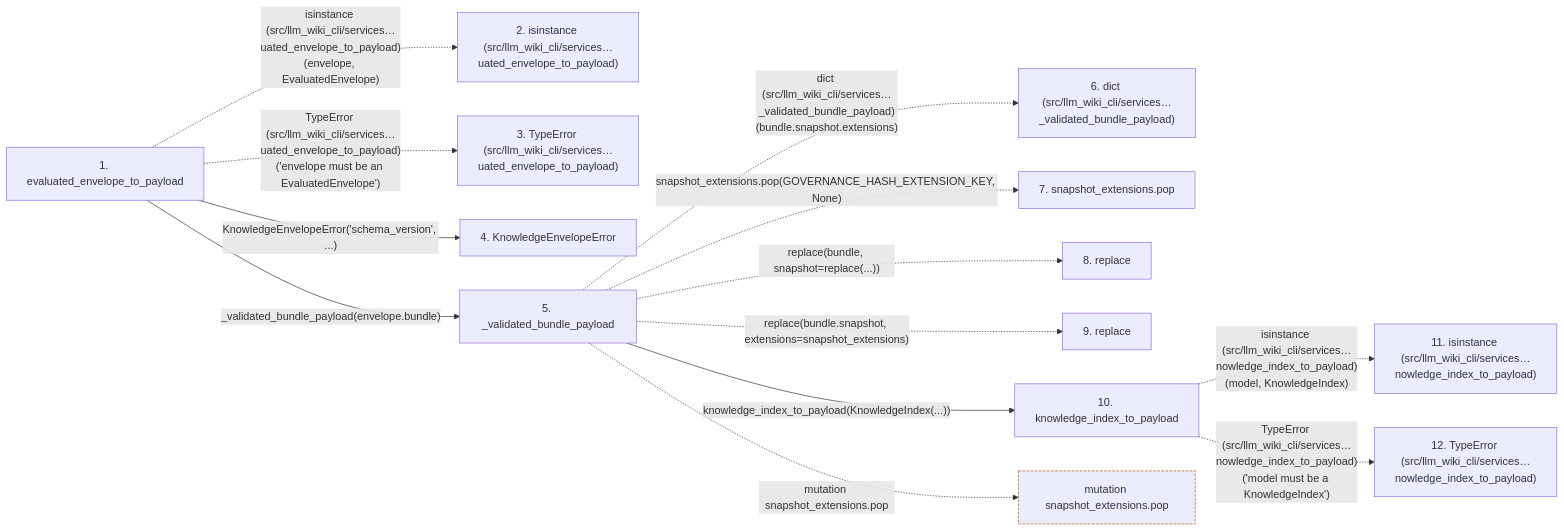
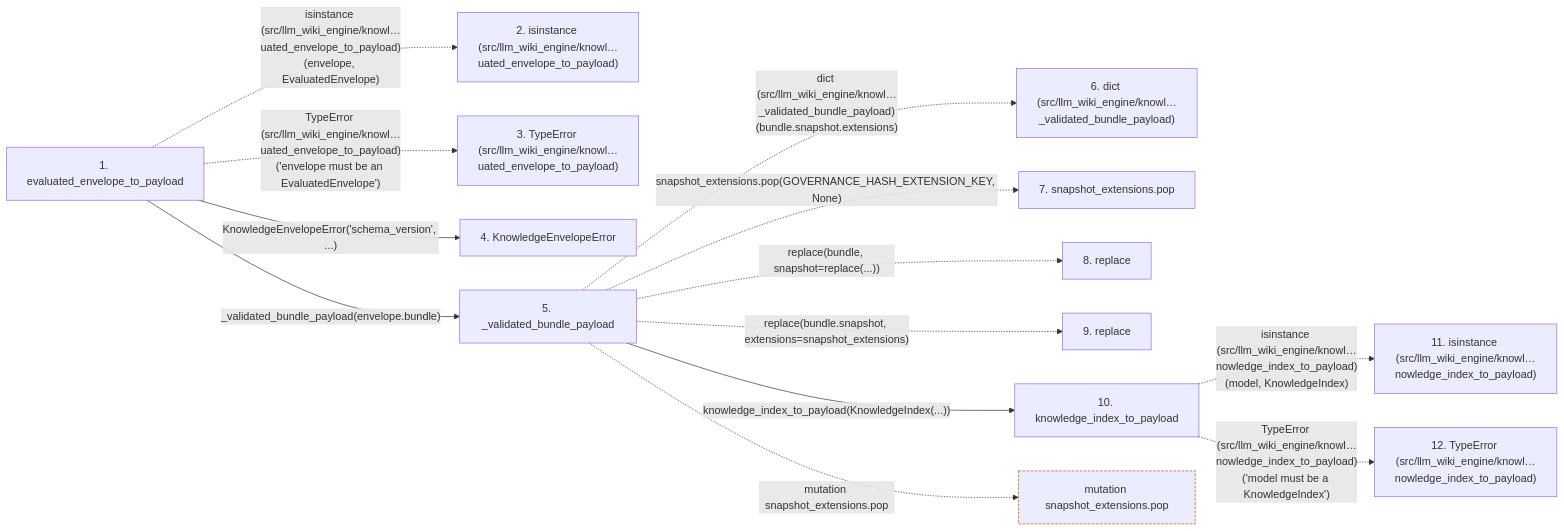
The second of 2 diagrams in docs/llm_wiki/flows/api-evaluated_envelope_to_payload.md (Denissvgn/python-wiki-llm), drawn with Mermaid before and after one commit. The commit also changed other lines of this file and 1058 other files, not shown here.

First line of the commit message:
docs: refresh the wiki for the knowledge store move

````diff
--- a/docs/llm_wiki/flows/api-evaluated_envelope_to_payload.md
+++ b/docs/llm_wiki/flows/api-evaluated_envelope_to_payload.md
@@ -143,34 +143,34 @@
 ```mermaid
 flowchart LR
     s1["1. evaluated_envelope_to_payload"]
-    s2["2. isinstance (src/llm_wiki_cli/services…uated_envelope_to_payload)"]
-    s3["3. TypeError (src/llm_wiki_cli/services…uated_envelope_to_payload)"]
+    s2["2. isinstance (src/llm_wiki_engine/knowl…uated_envelope_to_payload)"]
+    s3["3. TypeError (src/llm_wiki_engine/knowl…uated_envelope_to_payload)"]
     s4["4. KnowledgeEnvelopeError"]
     s5["5. _validated_bundle_payload"]
-    s6["6. dict (src/llm_wiki_cli/services…_validated_bundle_payload)"]
+    s6["6. dict (src/llm_wiki_engine/knowl…_validated_bundle_payload)"]
     s7["7. snapshot_extensions.pop"]
     s8["8. replace"]
     s9["9. replace"]
     s10["10. knowledge_index_to_payload"]
-    s11["11. isinstance (src/llm_wiki_cli/services…nowledge_index_to_payload)"]
-    s12["12. TypeError (src/llm_wiki_cli/services…nowledge_index_to_payload)"]
-    s1 -. "isinstance (src/llm_wiki_cli/services…uated_envelope_to_payload)(envelope, EvaluatedEnvelope)" .-> s2
-    s1 -. "TypeError (src/llm_wiki_cli/services…uated_envelope_to_payload)('envelope must be an EvaluatedEnvelope')" .-> s3
+    s11["11. isinstance (src/llm_wiki_engine/knowl…nowledge_index_to_payload)"]
+    s12["12. TypeError (src/llm_wiki_engine/knowl…nowledge_index_to_payload)"]
+    s1 -. "isinstance (src/llm_wiki_engine/knowl…uated_envelope_to_payload)(envelope, EvaluatedEnvelope)" .-> s2
+    s1 -. "TypeError (src/llm_wiki_engine/knowl…uated_envelope_to_payload)('envelope must be an EvaluatedEnvelope')" .-> s3
     s1 -->|"KnowledgeEnvelopeError('schema_version', ...)"| s4
     s1 -->|"_validated_bundle_payload(envelope.bundle)"| s5
-    s5 -. "dict (src/llm_wiki_cli/services…_validated_bundle_payload)(bundle.snapshot.extensions)" .-> s6
+    s5 -. "dict (src/llm_wiki_engine/knowl…_validated_bundle_payload)(bundle.snapshot.extensions)" .-> s6
     s5 -. "snapshot_extensions.pop(GOVERNANCE_HASH_EXTENSION_KEY, None)" .-> s7
     s5 -. "replace(bundle, snapshot=replace(...))" .-> s8
     s5 -. "replace(bundle.snapshot, extensions=snapshot_extensions)" .-> s9
     s5 -->|"knowledge_index_to_payload(KnowledgeIndex(...))"| s10
-    s10 -. "isinstance (src/llm_wiki_cli/services…nowledge_index_to_payload)(model, KnowledgeIndex)" .-> s11
-    s10 -. "TypeError (src/llm_wiki_cli/services…nowledge_index_to_payload)('model must be a KnowledgeIndex')" .-> s12
+    s10 -. "isinstance (src/llm_wiki_engine/knowl…nowledge_index_to_payload)(model, KnowledgeIndex)" .-> s11
+    s10 -. "TypeError (src/llm_wiki_engine/knowl…nowledge_index_to_payload)('model must be a KnowledgeIndex')" .-> s12
     b0["mutation snapshot_extensions.pop"]
     s5 -. "mutation snapshot_extensions.pop" .-> b0
     click s1 "../modules/knowledge_envelope.md"
     click s4 "../modules/knowledge_envelope.md"
     click s5 "../modules/knowledge_envelope.md"
     click s10 "../modules/knowledge_model.md"
     classDef boundary stroke:#b45309,stroke-dasharray: 4 2
     class b0 boundary
 ```
````
